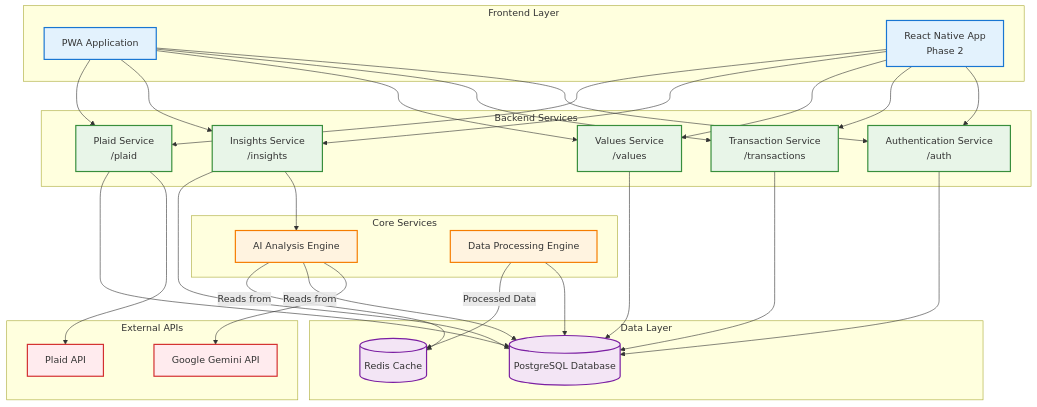
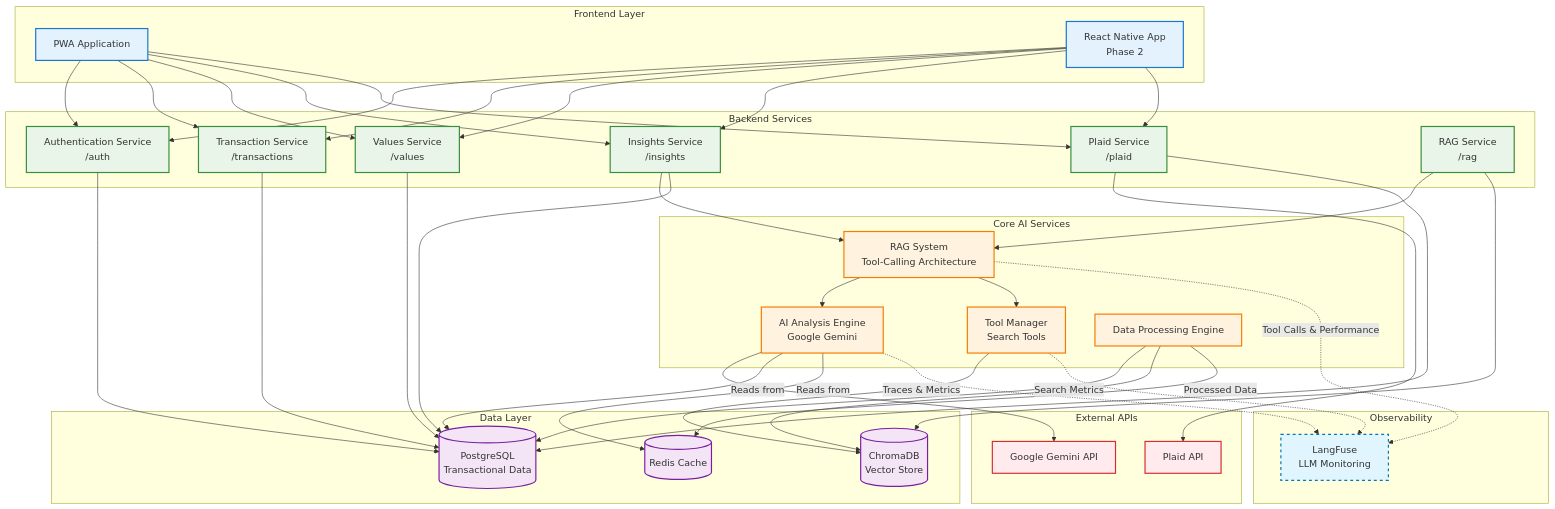
One commit to CreateWithLevi/professional-work-showcase changed the first of 5 diagrams in README.md. Above: the diagram before and after it, drawn with Mermaid. The commit also changed other lines of this file, not shown here.

Commit message:
Revise README with updated project details and architecture
Updated project description and architectural vision for Zuoluh, emphasizing AI integration and enhanced user insights. Revised tech stack and outlined challenges and solutions in detail.

````diff
--- a/README.md
+++ b/README.md
@@ -42,68 +51,93 @@
         PWA[PWA Application]
         RN[React Native App<br/>Phase 2]
     end
-    
+
     subgraph "Backend Services"
         AUTH[Authentication Service<br/>/auth]
         TRANS[Transaction Service<br/>/transactions]
         VALUES[Values Service<br/>/values]
         INSIGHTS[Insights Service<br/>/insights]
         PLAID_SVC[Plaid Service<br/>/plaid]
+        RAG_SVC[RAG Service<br/>/rag]
     end
-    
-    subgraph "Core Services"
-        AI_ENGINE[AI Analysis Engine]
+
+    subgraph "Core AI Services"
+        AI_ENGINE[AI Analysis Engine<br/>Google Gemini]
+        RAG_SYSTEM[RAG System<br/>Tool-Calling Architecture]
+        TOOL_MGR[Tool Manager<br/>Search Tools]
         DATA_PROC[Data Processing Engine]
     end
-    
+
     subgraph "Data Layer"
-        DB[(PostgreSQL Database)]
+        DB[(PostgreSQL<br/>Transactional Data)]
+        VECTOR_DB[(ChromaDB<br/>Vector Store)]
         CACHE[(Redis Cache)]
     end
-    
+
+    subgraph "Observability"
+        LANGFUSE[LangFuse<br/>LLM Monitoring]
+    end
+
     subgraph "External APIs"
         PLAID_API[Plaid API]
         GEMINI_API[Google Gemini API]
     end
-    
-    %% Connections
+
+    %% Frontend Connections
     PWA --> AUTH
     PWA --> TRANS
     PWA --> VALUES
     PWA --> INSIGHTS
     PWA --> PLAID_SVC
-    
+
     RN --> AUTH
     RN --> TRANS
     RN --> VALUES
     RN --> INSIGHTS
     RN --> PLAID_SVC
 
+    %% Service Connections
     PLAID_SVC --> PLAID_API
-    INSIGHTS --> AI_ENGINE
+    INSIGHTS --> RAG_SYSTEM
+    RAG_SVC --> RAG_SYSTEM
+
+    %% RAG System Architecture
+    RAG_SYSTEM --> AI_ENGINE
+    RAG_SYSTEM --> TOOL_MGR
     AI_ENGINE --> GEMINI_API
-    
+    TOOL_MGR --> VECTOR_DB
+
+    %% Database Connections
     AUTH --> DB
     TRANS --> DB
     VALUES --> DB
     INSIGHTS --> DB
     PLAID_SVC --> DB
-    
+    RAG_SVC --> VECTOR_DB
+
     DATA_PROC --> DB
+    DATA_PROC --> VECTOR_DB
     DATA_PROC -- Processed Data --> CACHE
-    
+
     AI_ENGINE -- Reads from --> DB
     AI_ENGINE -- Reads from --> CACHE
+
+    %% Observability Connections
+    AI_ENGINE -.->|Traces & Metrics| LANGFUSE
+    RAG_SYSTEM -.->|Tool Calls & Performance| LANGFUSE
+    TOOL_MGR -.->|Search Metrics| LANGFUSE
 
     classDef frontend fill:#E3F2FD,stroke:#1976D2,stroke-width:2px
     classDef backend fill:#E8F5E8,stroke:#388E3C,stroke-width:2px
     classDef core fill:#FFF3E0,stroke:#F57C00,stroke-width:2px
     classDef data fill:#F3E5F5,stroke:#7B1FA2,stroke-width:2px
     classDef external fill:#FFEBEE,stroke:#D32F2F,stroke-width:2px
-    
+    classDef observability fill:#E1F5FE,stroke:#0277BD,stroke-width:2px,stroke-dasharray: 5 5
+
     class PWA,RN frontend
-    class AUTH,TRANS,VALUES,INSIGHTS,PLAID_SVC backend
-    class AI_ENGINE,DATA_PROC core
-    class DB,CACHE data
+    class AUTH,TRANS,VALUES,INSIGHTS,PLAID_SVC,RAG_SVC backend
+    class AI_ENGINE,RAG_SYSTEM,TOOL_MGR,DATA_PROC core
+    class DB,VECTOR_DB,CACHE data
     class PLAID_API,GEMINI_API external
+    class LANGFUSE observability
 ```
````
